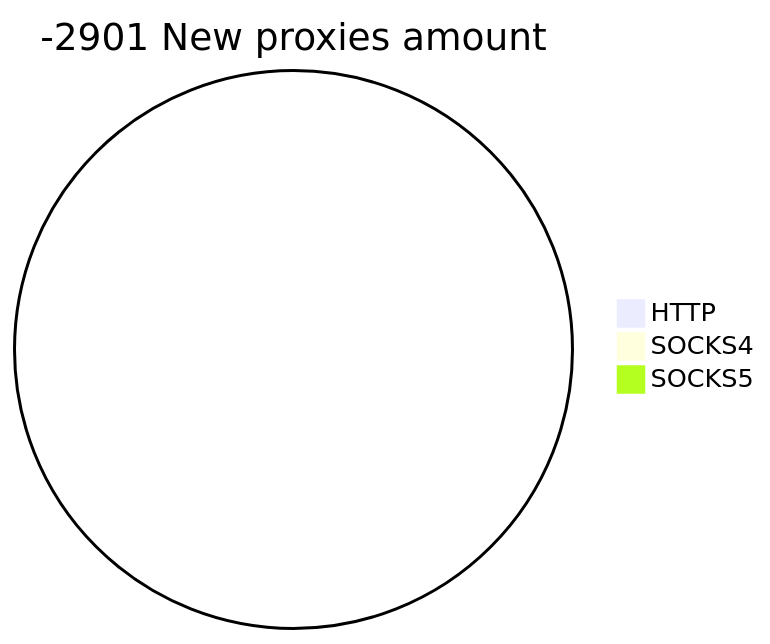
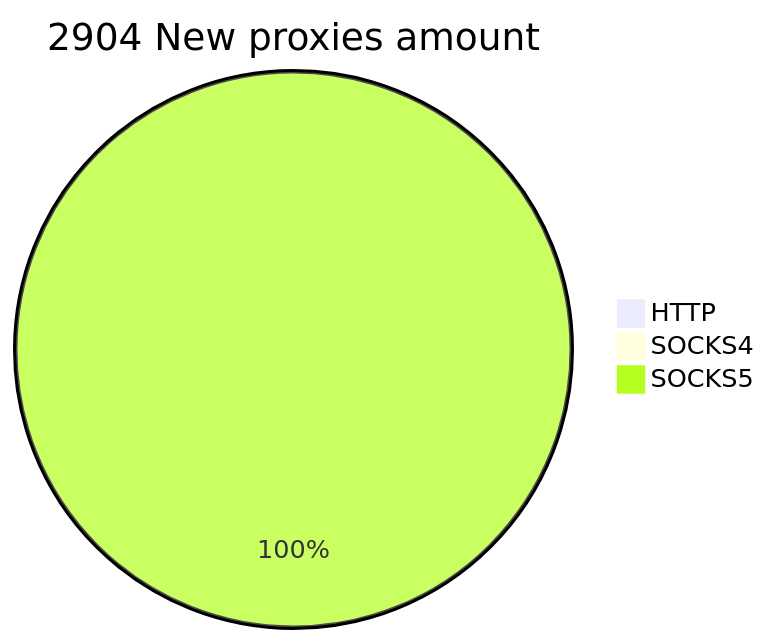
The second of 2 diagrams in README.md (cutipu/proxylist), drawn with Mermaid before and after one commit. The commit also changed other lines of this file, not shown here.

````diff
--- a/README.md
+++ b/README.md
@@ -10,6 +10,6 @@
 ```mermaid
-pie title -2901 New proxies amount
-    "HTTP" : 0
-    "SOCKS4" : 0
-    "SOCKS5" : 0
+pie title 2904 New proxies amount
+    "HTTP" : 1
+    "SOCKS4" : 3
+    "SOCKS5" : 2900
 ```
````
